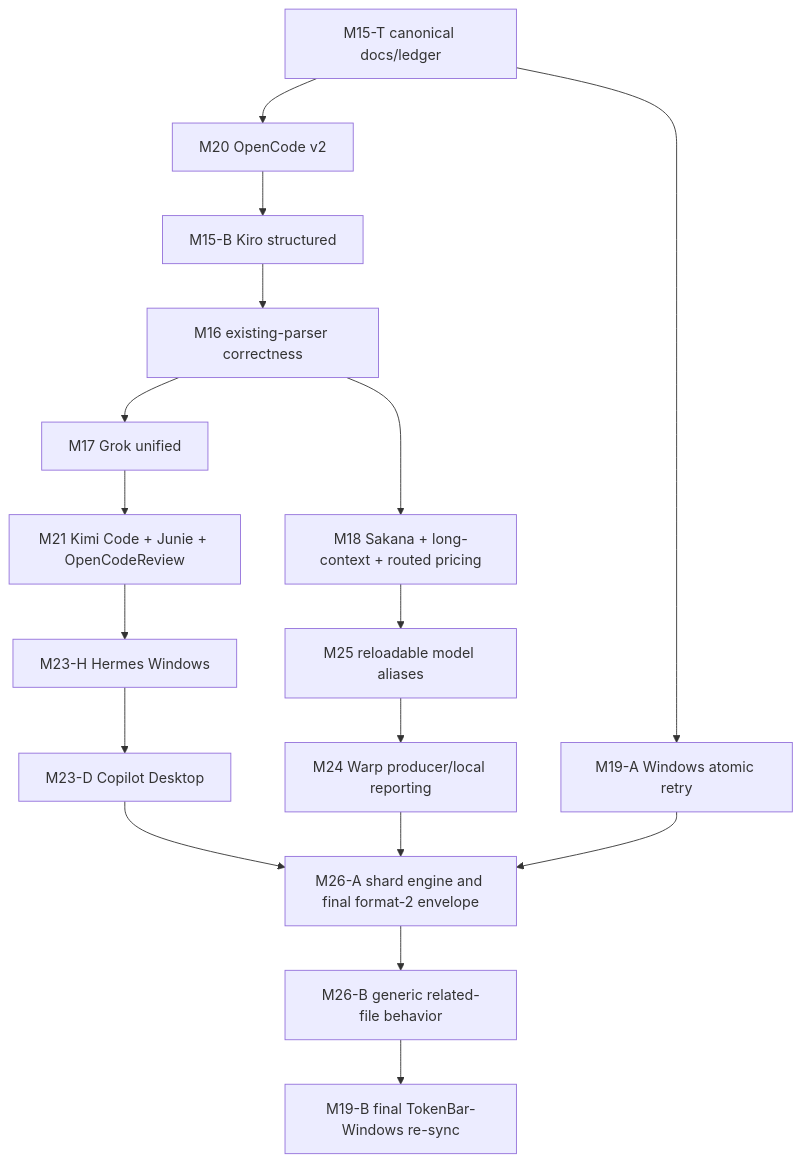
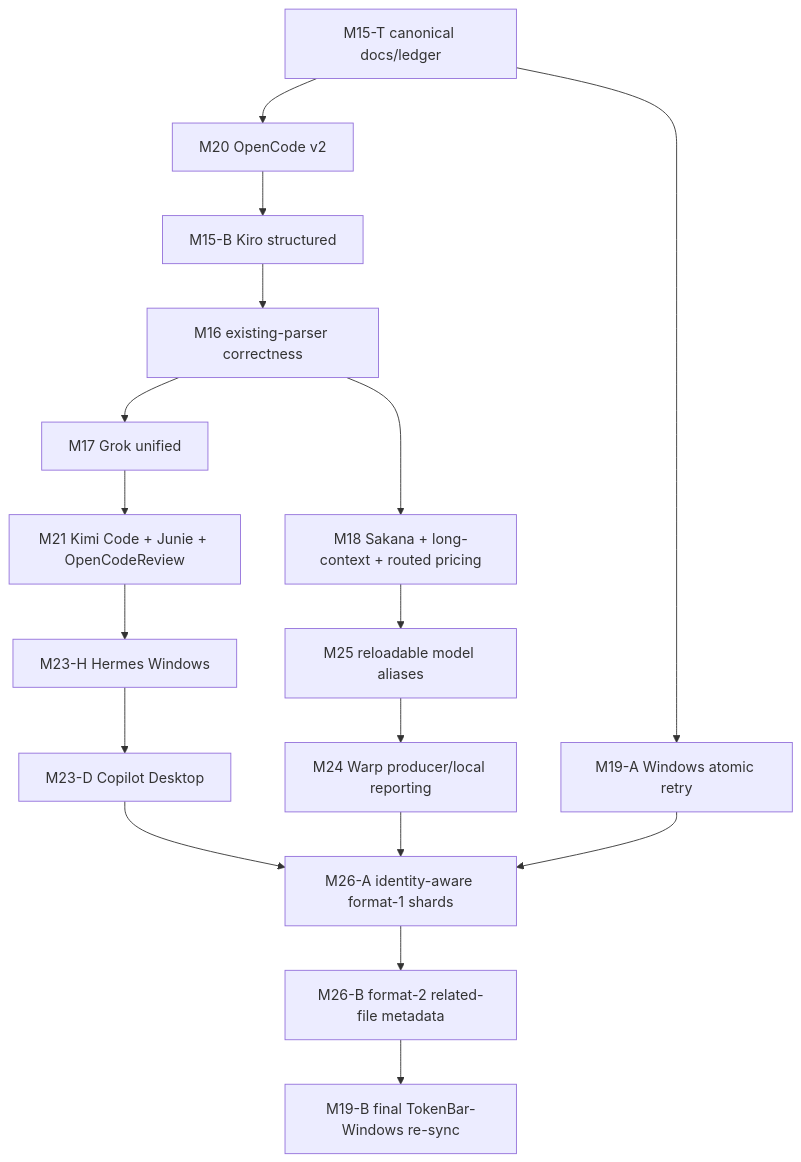
One commit to Nanako0129/TokenBar changed the first of 2 diagrams in docs/knowledge/plans/tokscale-alignment.md. Above: the diagram before and after it, drawn with Mermaid. The commit also changed other lines of this file and 1 other file, not shown here.

````diff
--- a/docs/knowledge/plans/tokscale-alignment.md
+++ b/docs/knowledge/plans/tokscale-alignment.md
@@ -76,23 +76,23 @@
 ```mermaid
 flowchart TD
     T[M15-T canonical docs/ledger] --> O[M20 OpenCode v2]
     O --> K[M15-B Kiro structured]
     K --> C[M16 existing-parser correctness]
 
     C --> G[M17 Grok unified]
     G --> N1[M21 Kimi Code + Junie + OpenCodeReview]
     N1 --> H[M23-H Hermes Windows]
     H --> D[M23-D Copilot Desktop]
 
     C --> P[M18 Sakana + long-context + routed pricing]
     P --> A[M25 reloadable model aliases]
     A --> W[M24 Warp producer/local reporting]
 
     T --> F[M19-A Windows atomic retry]
 
-    D --> SA[M26-A shard engine and final format-2 envelope]
+    D --> SA[M26-A identity-aware format-1 shards]
     W --> SA
     F --> SA
-    SA --> SB[M26-B generic related-file behavior]
+    SA --> SB[M26-B format-2 related-file metadata]
     SB --> WS[M19-B final TokenBar-Windows re-sync]
 ```
````
